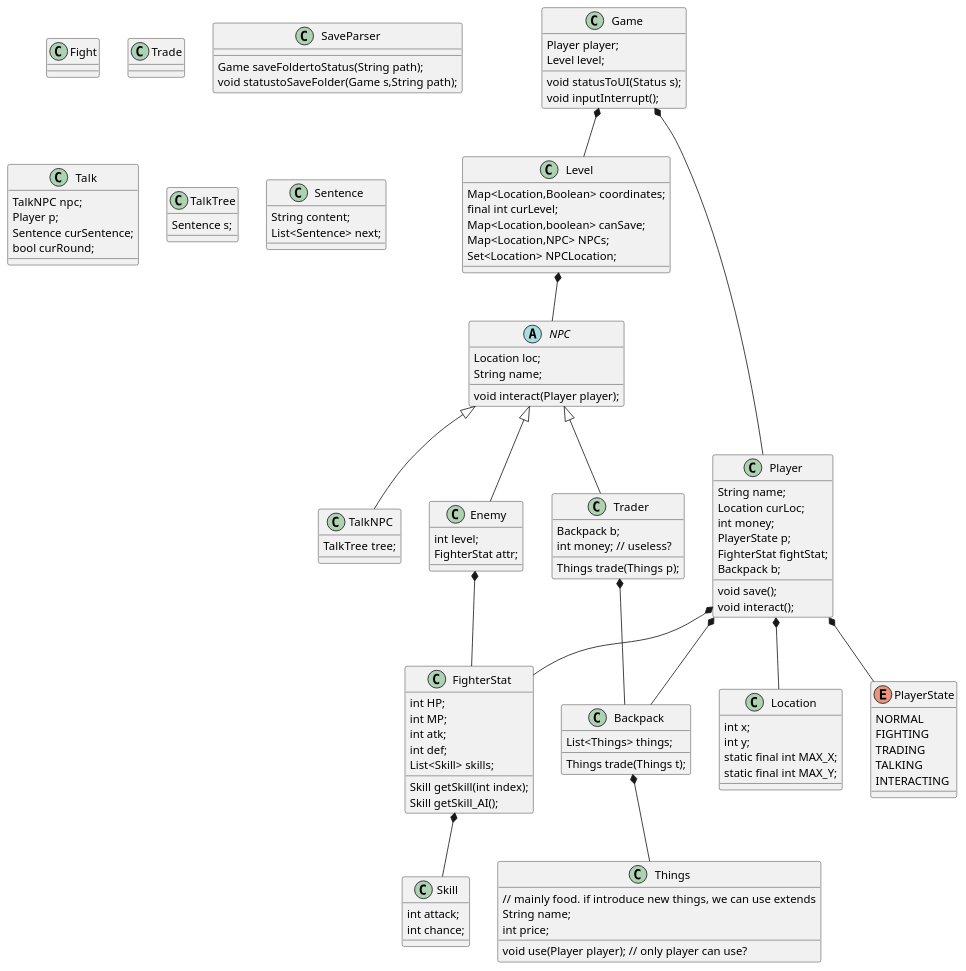
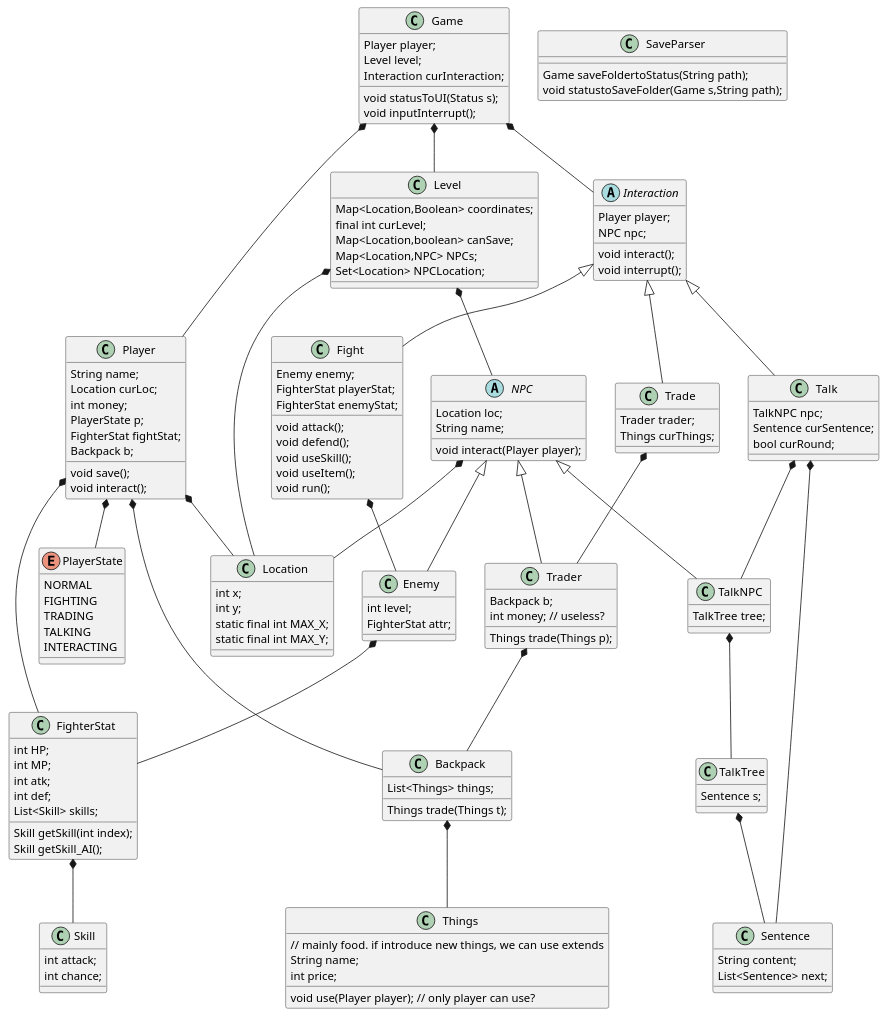
The diagram in docs/class-diagram.puml (Lutra-Fs/TRPGeneration), drawn with PlantUML before and after one commit.

Commit message:
Finish without methods

```diff
--- a/docs/class-diagram.puml
+++ b/docs/class-diagram.puml
@@ -1,141 +1,173 @@
 @startuml
 
 class Game
 class Level
 class Player
 class NPC
 class Enemy
 class Fight
 class Trader
 class Trade
 class TalkNPC
 class SaveParser
 class FighterStat
 class Talk
 
 class Game{
     Player player;
     Level level;
+    Interaction curInteraction;
     void statusToUI(Status s);
     void inputInterrupt();
 }
 
 Game *-- Player
 Game *-- Level
+Game *-- Interaction
 
 class Player{
     String name;
     Location curLoc;
     int money;
     PlayerState p;
     FighterStat fightStat;
     Backpack b;
     void save();
     void interact();
 }
 
 Player *-- Location
 Player *-- PlayerState
 Player *-- FighterStat
 
 class Location{
     int x;
     int y;
     static final int MAX_X;
     static final int MAX_Y;
 }
 
 enum PlayerState{
     NORMAL
     FIGHTING
     TRADING
     TALKING
     INTERACTING
 }
 class FighterStat {
     int HP;
     int MP;
     int atk;
     int def;
     List<Skill> skills;
     Skill getSkill(int index);
     Skill getSkill_AI();
 }
 FighterStat *-- Skill
 class Skill {
     int attack;
     int chance;
 }
 class Level{
     Map<Location,Boolean> coordinates;
     final int curLevel;
     Map<Location,boolean> canSave;
     Map<Location,NPC> NPCs;
     Set<Location> NPCLocation;
 }
 
 Level *-- NPC
+Level *-- Location
+
 abstract class NPC{
     Location loc;
     String name;
     void interact(Player player);
 }
-
+NPC *-- Location
 NPC <|-- Enemy
 NPC <|-- Trader
 NPC <|-- TalkNPC
 
 class Enemy{
     int level;
     FighterStat attr;
 }
 Enemy *-- FighterStat
 
 class SaveParser{
     Game saveFoldertoStatus(String path);
     void statustoSaveFolder(Game s,String path);
 }
 
 class Trader{
     Backpack b;
     int money; // useless?
     Things trade(Things p);
 }
 
 Trader *-- Backpack
 Player *-- Backpack
 
 class Backpack{
     List<Things> things;
     Things trade(Things t);
 }
 Backpack *-- Things
 
 class Things{
     // mainly food. if introduce new things, we can use extends
     String name;
     int price;
     void use(Player player); // only player can use?
 }
 
 class TalkNPC{
     TalkTree tree;
 }
+TalkNPC *-- TalkTree
+
+abstract class Interaction {
+    Player player;
+    NPC npc;
+    void interact();
+    void interrupt();
+}
+Interaction <|-- Fight
+Interaction <|-- Trade
+Interaction <|-- Talk
 
 class Talk{
     TalkNPC npc;
-    Player p;
     Sentence curSentence;
     bool curRound;
 }
-
+Talk *-- TalkNPC
+Talk *-- Sentence
 class TalkTree{
     Sentence s;
 }
-
+TalkTree *-- Sentence
 class Sentence{
     String content;
     List<Sentence> next;
 }
 
+class Trade{
+    Trader trader;
+    Things curThings;
+}
+Trade *-- Trader
+
+class Fight{
+    Enemy enemy;
+    FighterStat playerStat;
+    FighterStat enemyStat;
+    void attack();
+    void defend();
+    void useSkill();
+    void useItem();
+    void run();
+}
+Fight *-- Enemy
 @enduml
```
